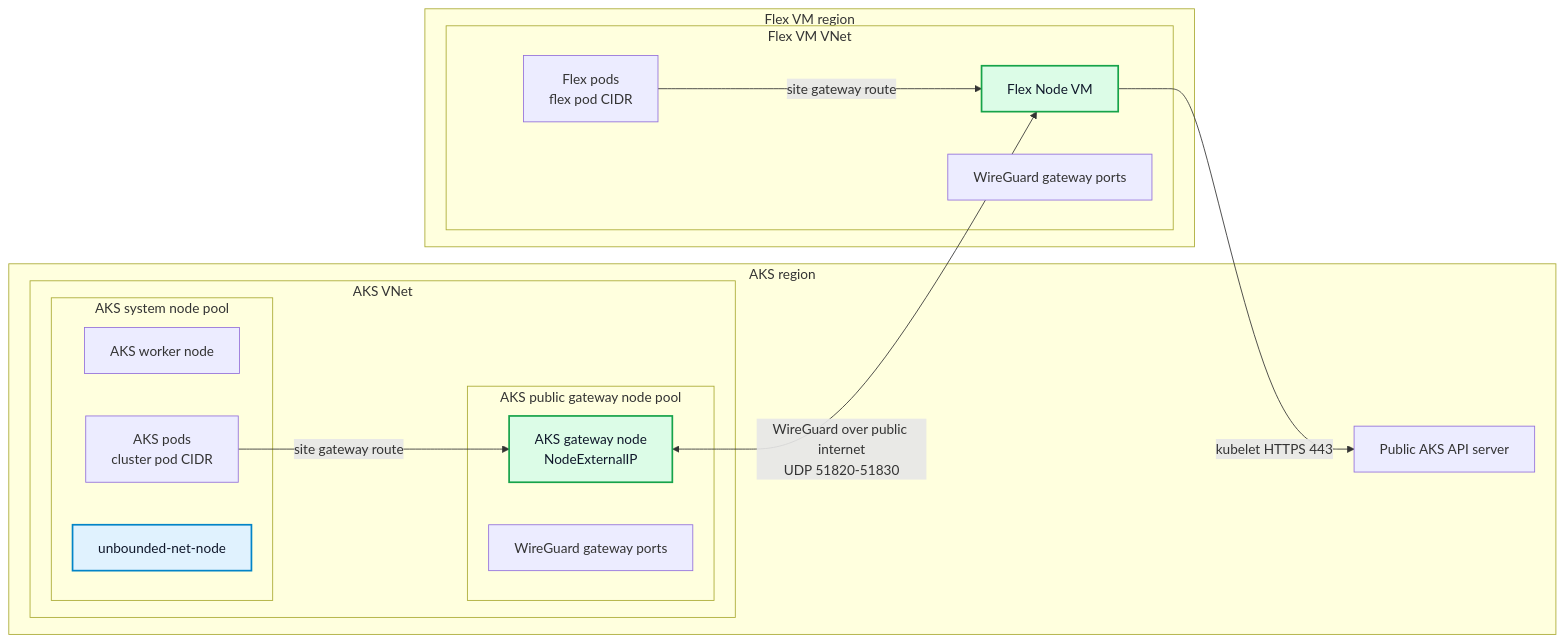
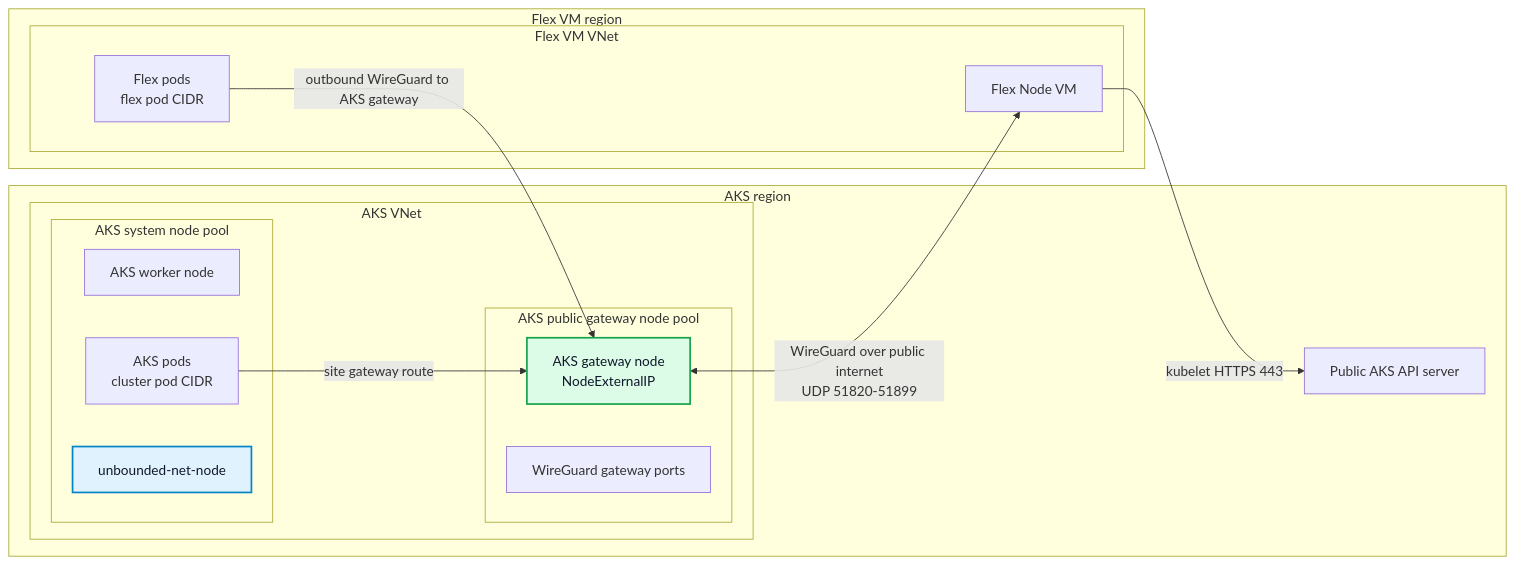
One commit to Azure/AKSFlexNode changed the diagram in docs/labs/aks-public-cluster-unbounded-net-wireguard.md. Above: the diagram before and after it, drawn with Mermaid. The commit also changed other lines of this file, not shown here.

Commit message:
docs: align WireGuard lab with AKS gateway model

````diff
--- a/docs/labs/aks-public-cluster-unbounded-net-wireguard.md
+++ b/docs/labs/aks-public-cluster-unbounded-net-wireguard.md
@@ -32,37 +29,36 @@
 ```mermaid
 flowchart LR
     subgraph aksRegion[AKS region]
         subgraph aksVnet[AKS VNet]
             subgraph aksSystem[AKS system node pool]
                 aksNode[AKS worker node]
                 aksPods[AKS pods<br/>cluster pod CIDR]
                 unboundedAks[unbounded-net-node]
             end
 
             subgraph aksGwPool[AKS public gateway node pool]
                 aksGateway[AKS gateway node<br/>NodeExternalIP]
                 aksWg[WireGuard gateway ports]
             end
         end
 
         publicApi[Public AKS API server]
     end
 
     subgraph flexRegion[Flex VM region]
         subgraph flexVnet[Flex VM VNet]
             flexNode[Flex Node VM]
             flexPods[Flex pods<br/>flex pod CIDR]
-            flexWg[WireGuard gateway ports]
         end
     end
 
     flexNode -->|kubelet HTTPS 443| publicApi
     aksPods -->|site gateway route| aksGateway
-    aksGateway <-->|WireGuard over public internet<br/>UDP 51820-51830| flexNode
-    flexPods -->|site gateway route| flexNode
+    aksGateway <-->|WireGuard over public internet<br/>UDP 51820-51899| flexNode
+    flexPods -->|outbound WireGuard to AKS gateway| aksGateway
 
     classDef unbounded fill:#e0f2fe,stroke:#0284c7,stroke-width:2px,color:#0f172a;
     classDef gateway fill:#dcfce7,stroke:#16a34a,stroke-width:2px,color:#0f172a;
     class unboundedAks unbounded;
-    class aksGateway,flexNode gateway;
+    class aksGateway gateway;
 ```
````
